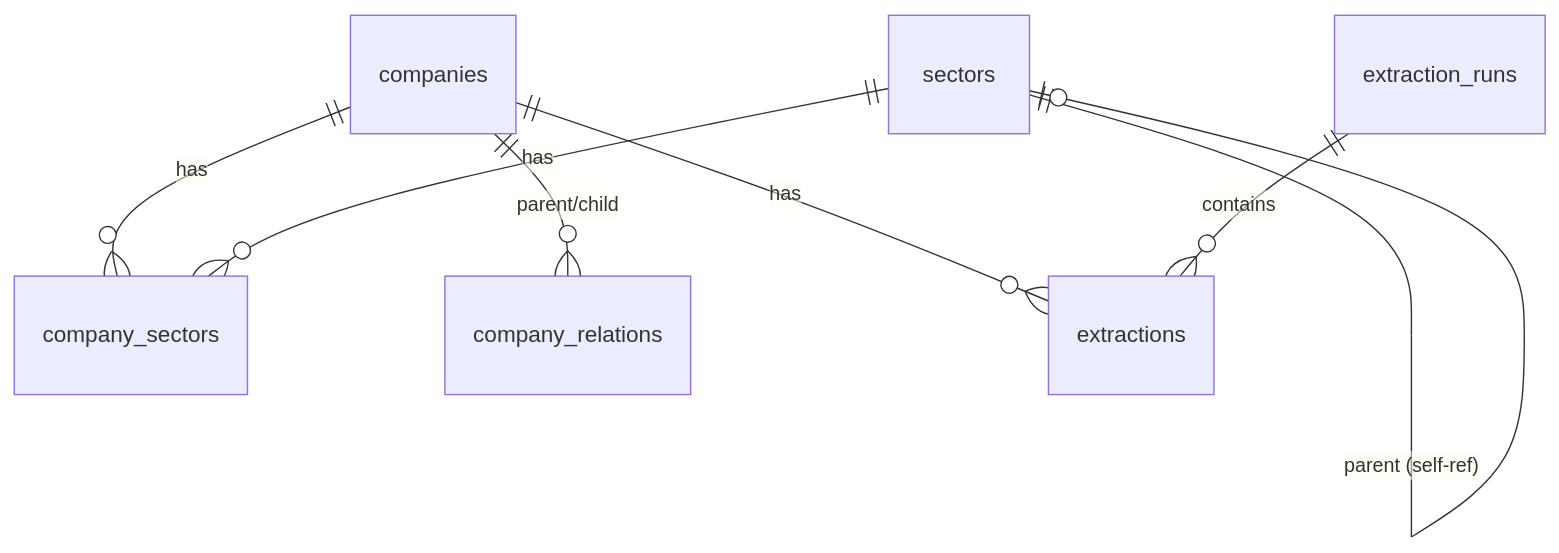
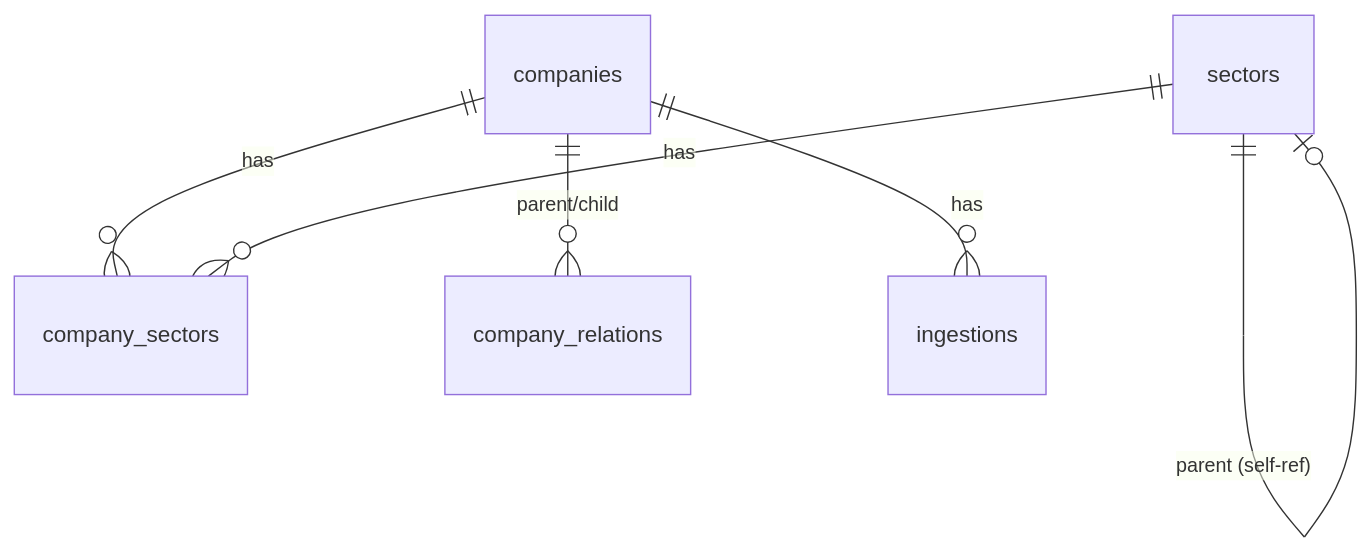
Before and after one commit to fntimes/docs: the second of 8 diagrams in compass/database-schema.md, drawn with Mermaid. The commit also changed other lines of this file and 1 other file, not shown here.

````diff
--- a/compass/database-schema.md
+++ b/compass/database-schema.md
@@ -63,9 +63,8 @@
 ```mermaid
 erDiagram
     companies ||--o{ company_sectors : has
     sectors ||--o{ company_sectors : has
     sectors ||--o| sectors : "parent (self-ref)"
     companies ||--o{ company_relations : "parent/child"
-    companies ||--o{ extractions : has
-    extraction_runs ||--o{ extractions : contains
+    companies ||--o{ ingestions : has
 ```
````
